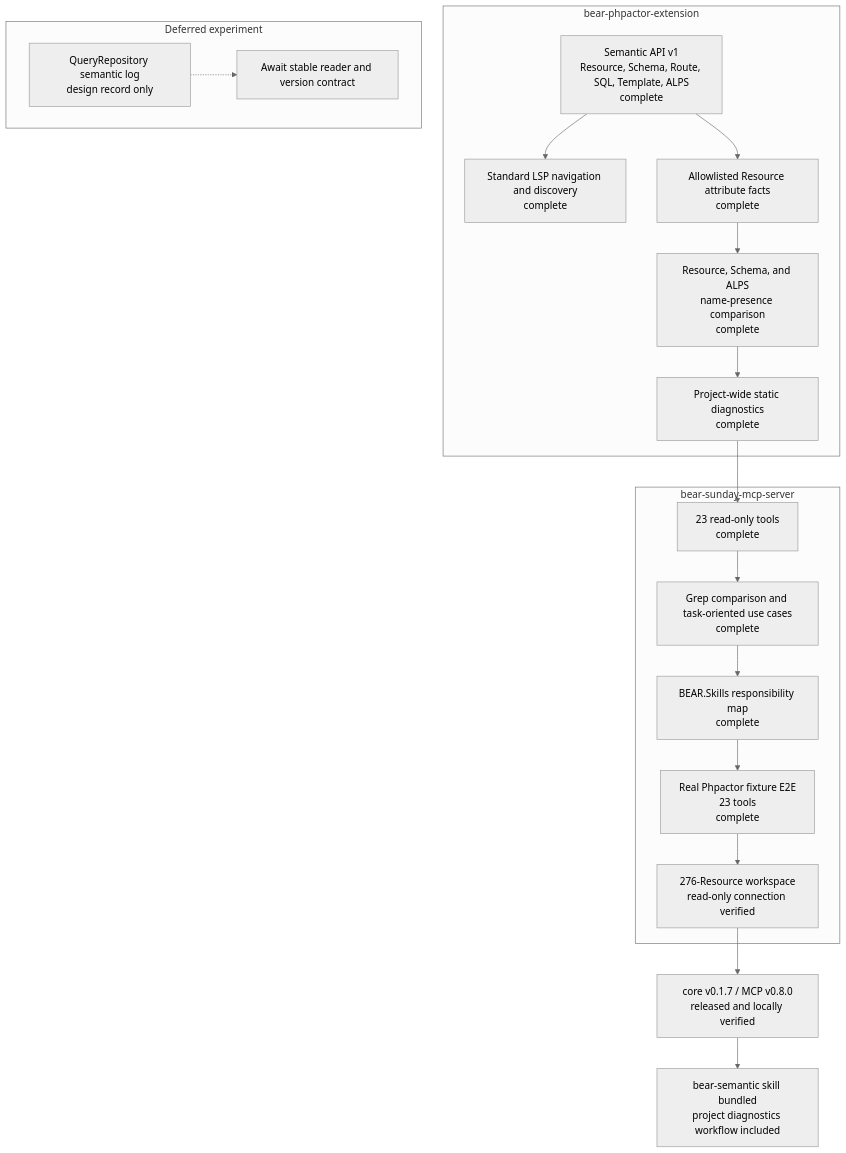
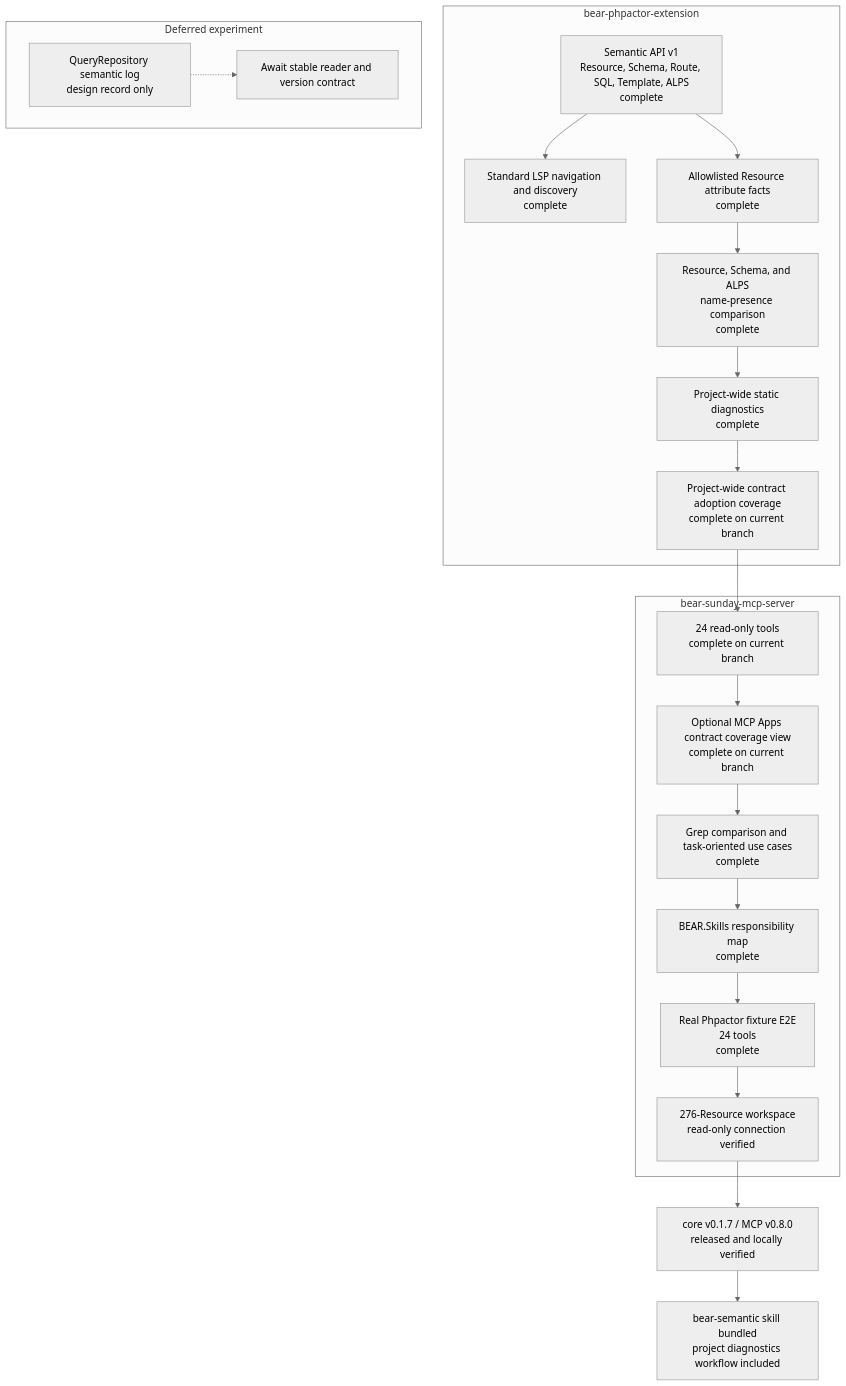
Before and after one commit to suzumaze/bear-sunday-mcp-server: the diagram in docs/project-status.md, drawn with Mermaid (neutral theme). The commit also changed other lines of this file and 17 other files, not shown here.

Commit message:
feat: expose contract coverage through MCP and view

````diff
--- a/docs/project-status.md
+++ b/docs/project-status.md
@@ -9,32 +9,34 @@
 ```mermaid
 flowchart TB
     subgraph Core["bear-phpactor-extension"]
         C1["Semantic API v1<br/>Resource, Schema, Route, SQL, Template, ALPS<br/>complete"]
         C2["Standard LSP navigation and discovery<br/>complete"]
         C3["Allowlisted Resource attribute facts<br/>complete"]
         C4["Resource, Schema, and ALPS<br/>name-presence comparison<br/>complete"]
         C5["Project-wide static diagnostics<br/>complete"]
+        C6["Project-wide contract adoption coverage<br/>complete on current branch"]
         C1 --> C2
-        C1 --> C3 --> C4 --> C5
+        C1 --> C3 --> C4 --> C5 --> C6
     end
 
     subgraph MCP["bear-sunday-mcp-server"]
-        M1["23 read-only tools<br/>complete"]
+        M1["24 read-only tools<br/>complete on current branch"]
+        M0["Optional MCP Apps contract coverage view<br/>complete on current branch"]
         M2["Grep comparison and task-oriented use cases<br/>complete"]
         M3["BEAR.Skills responsibility map<br/>complete"]
-        M4["Real Phpactor fixture E2E<br/>23 tools<br/>complete"]
+        M4["Real Phpactor fixture E2E<br/>24 tools<br/>complete"]
         M5["276-Resource workspace<br/>read-only connection verified"]
-        M1 --> M2 --> M3 --> M4 --> M5
+        M1 --> M0 --> M2 --> M3 --> M4 --> M5
     end
 
-    C5 --> M1
+    C6 --> M1
 
     subgraph Deferred["Deferred experiment"]
         D1["QueryRepository semantic log<br/>design record only"]
         D2["Await stable reader and version contract"]
         D1 -.-> D2
     end
 
     M5 --> R1["core v0.1.7 / MCP v0.8.0<br/>released and locally verified"]
     R1 --> S1["bear-semantic skill bundled<br/>project diagnostics workflow included"]
 ```
````
